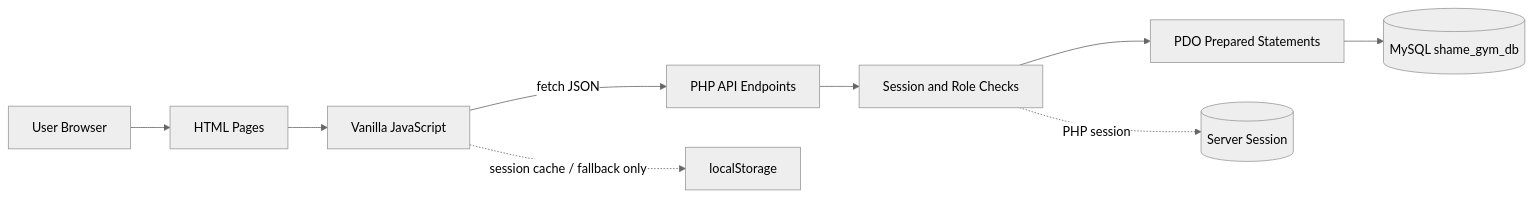
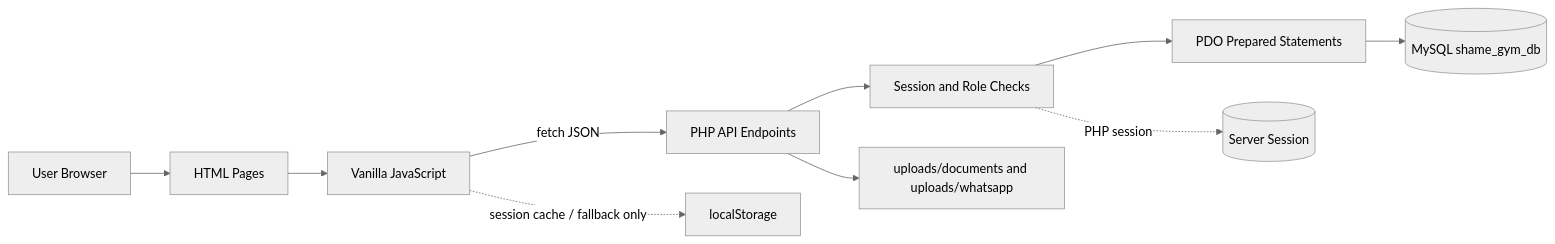
Before and after one commit to erendemir9/shame-gym: the first of 5 diagrams in README.md, drawn with Mermaid (neutral theme). The commit also changed other lines of this file and 1 other file, not shown here.

````diff
--- a/README.md
+++ b/README.md
@@ -64,11 +70,12 @@
 ```mermaid
 flowchart LR
     User[User Browser] --> Pages[HTML Pages]
     Pages --> JS[Vanilla JavaScript]
     JS -->|fetch JSON| API[PHP API Endpoints]
     API --> Auth[Session and Role Checks]
     Auth --> PDO[PDO Prepared Statements]
     PDO --> DB[(MySQL shame_gym_db)]
     JS -. session cache / fallback only .-> LS[localStorage]
     Auth -. PHP session .-> Session[(Server Session)]
+    API --> Uploads[uploads/documents and uploads/whatsapp]
 ```
````
